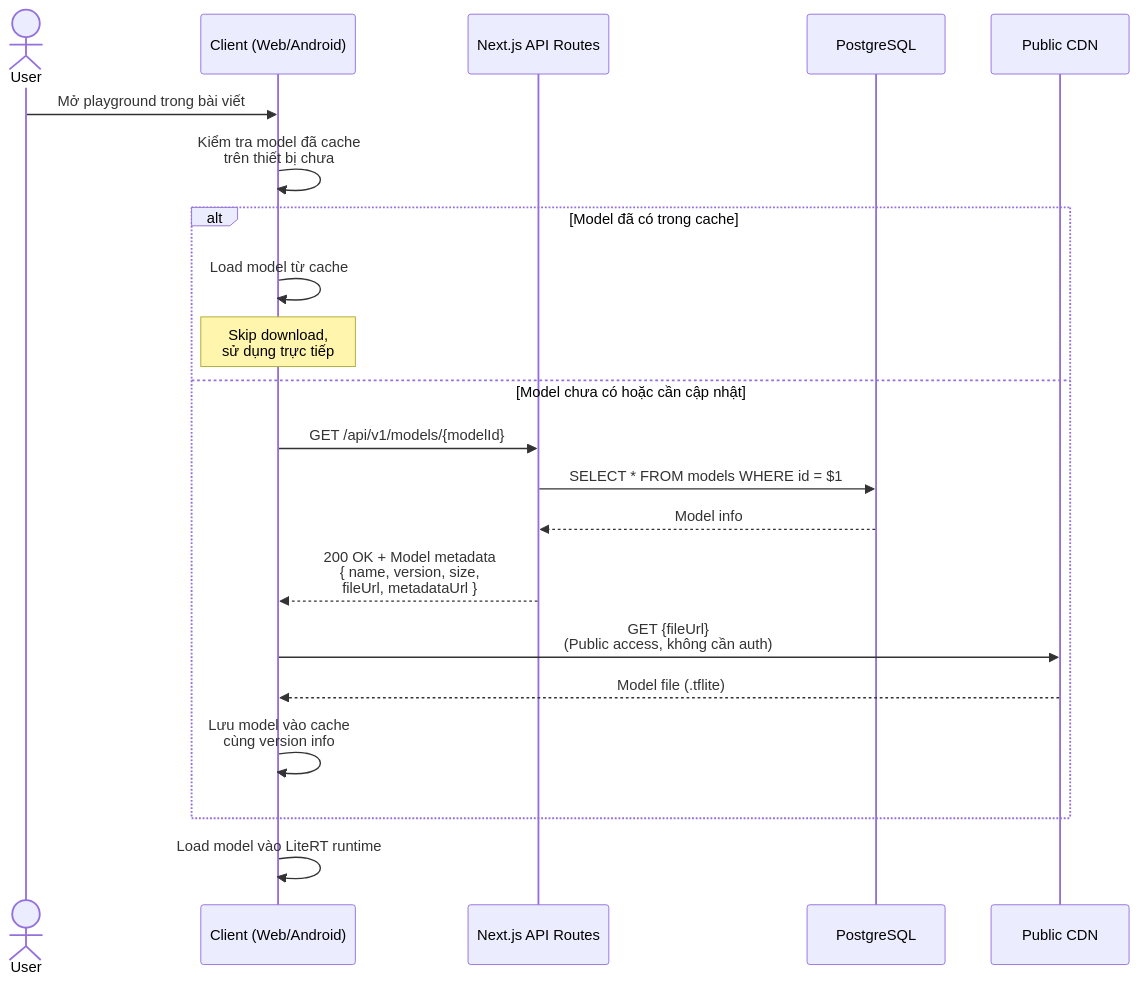
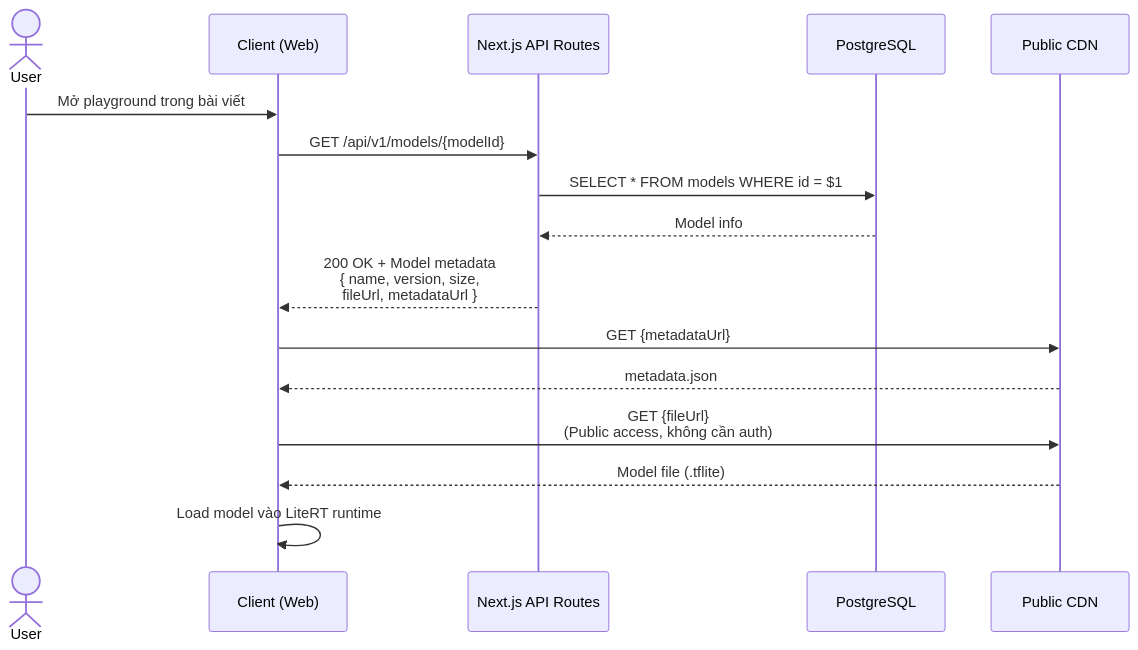
One commit to iAmHieu2012/Sequoia changed the third of 5 diagrams in docs/design/architecture.md. Above: the diagram before and after it, drawn with Mermaid. The commit also changed other lines of this file and 6 other files, not shown here.

Commit message:
feat: enhance chat API to include user authentication and handle unauthorized access, update docs

````diff
--- a/docs/design/architecture.md
+++ b/docs/design/architecture.md
@@ -135,29 +135,23 @@
 ```mermaid
 sequenceDiagram
     actor User
-    participant Client as Client (Web/Android)
+    participant Client as Client (Web)
     participant API as Next.js API Routes
     participant DB as PostgreSQL
     participant CDN as Public CDN
 
     User->>Client: Mở playground trong bài viết
 
-    Client->>Client: Kiểm tra model đã cache<br/>trên thiết bị chưa
+    Client->>API: GET /api/v1/models/{modelId}
+    API->>DB: SELECT * FROM models WHERE id = $1
+    DB-->>API: Model info
+    API-->>Client: 200 OK + Model metadata<br/>{ name, version, size,<br/>fileUrl, metadataUrl }
 
-    alt Model đã có trong cache
-        Client->>Client: Load model từ cache
-        Note over Client: Skip download,<br/>sử dụng trực tiếp
-    else Model chưa có hoặc cần cập nhật
-        Client->>API: GET /api/v1/models/{modelId}
-        API->>DB: SELECT * FROM models WHERE id = $1
-        DB-->>API: Model info
-        API-->>Client: 200 OK + Model metadata<br/>{ name, version, size,<br/>fileUrl, metadataUrl }
-        
-        Client->>CDN: GET {fileUrl}<br/>(Public access, không cần auth)
-        CDN-->>Client: Model file (.tflite)
-        
-        Client->>Client: Lưu model vào cache<br/>cùng version info
-    end
+    Client->>CDN: GET {metadataUrl}
+    CDN-->>Client: metadata.json
+
+    Client->>CDN: GET {fileUrl}<br/>(Public access, không cần auth)
+    CDN-->>Client: Model file (.tflite)
 
     Client->>Client: Load model vào LiteRT runtime
 ```
````
